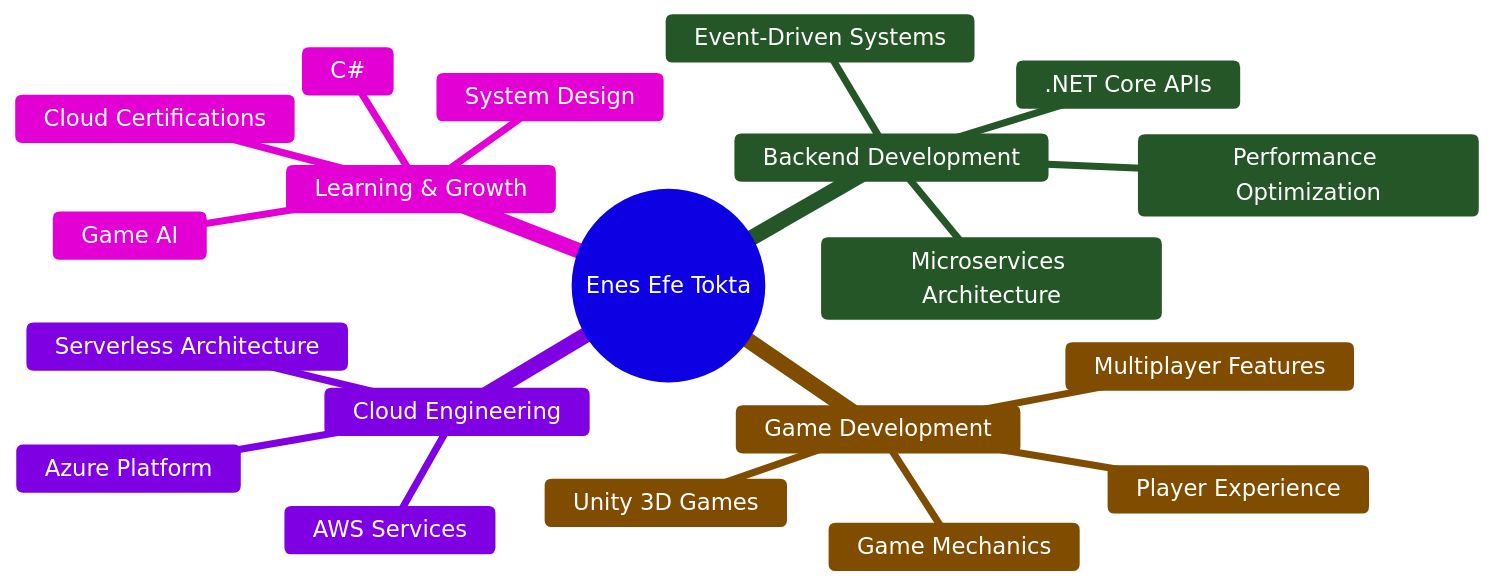
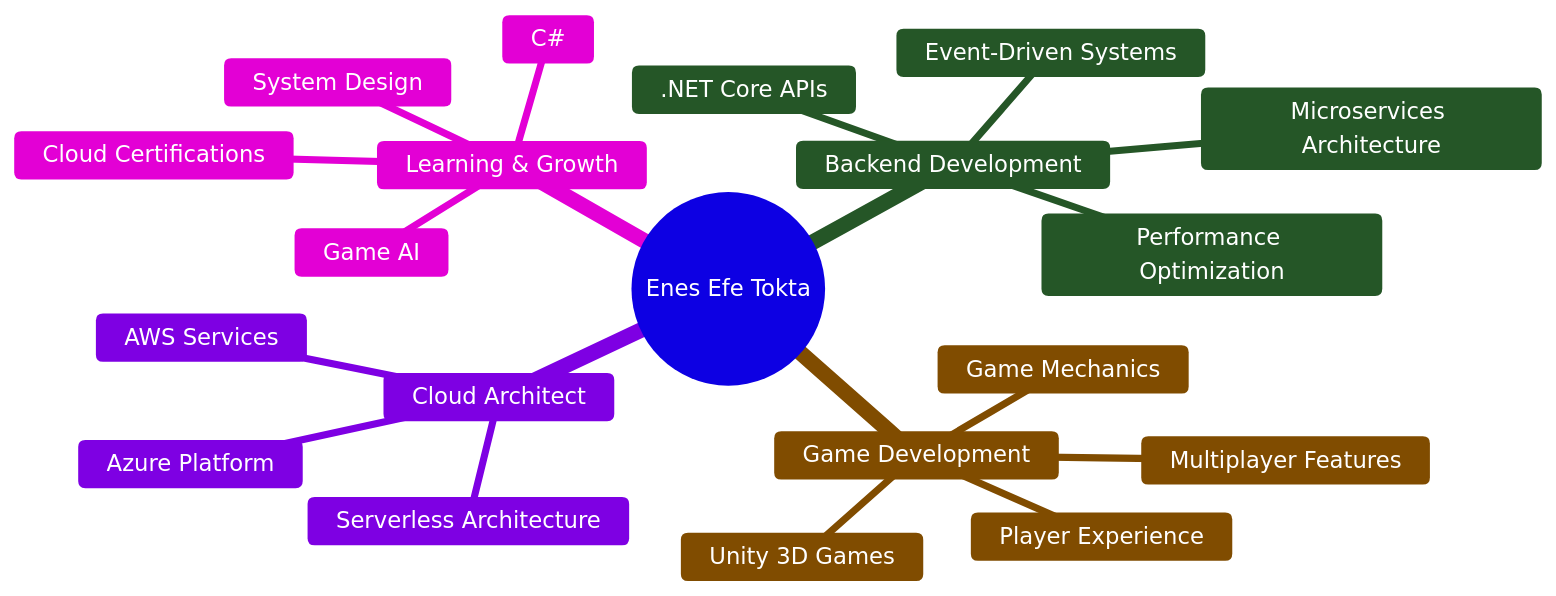
The diagram in README.md (EnesEfeTokta/EnesEfeTokta), drawn with Mermaid before and after one commit. The commit also changed other lines of this file, not shown here.

Commit message:
Rename 'Cloud Engineering' to 'Cloud Architect'

````diff
--- a/README.md
+++ b/README.md
@@ -167,24 +167,24 @@
 ```mermaid
 %%{init: {'theme':'base', 'themeVariables': { 'primaryColor':'#6C63FF','primaryTextColor':'#ffffff','primaryBorderColor':'#6C63FF','lineColor':'#6C63FF','secondaryColor':'#4CAF50','tertiaryColor':'#FF9800','noteBkgColor':'#2196F3','noteTextColor':'#ffffff'}}}%%
 mindmap
   root((Enes Efe Tokta))
     Backend Development
       Microservices Architecture
       .NET Core APIs
       Event-Driven Systems
       Performance Optimization
     Game Development
       Unity 3D Games
       Multiplayer Features
       Game Mechanics
       Player Experience
-    Cloud Engineering
+    Cloud Architect
       AWS Services
       Azure Platform
       Serverless Architecture
     Learning & Growth
       System Design
       C#
       Cloud Certifications
       Game AI
 ```
````
